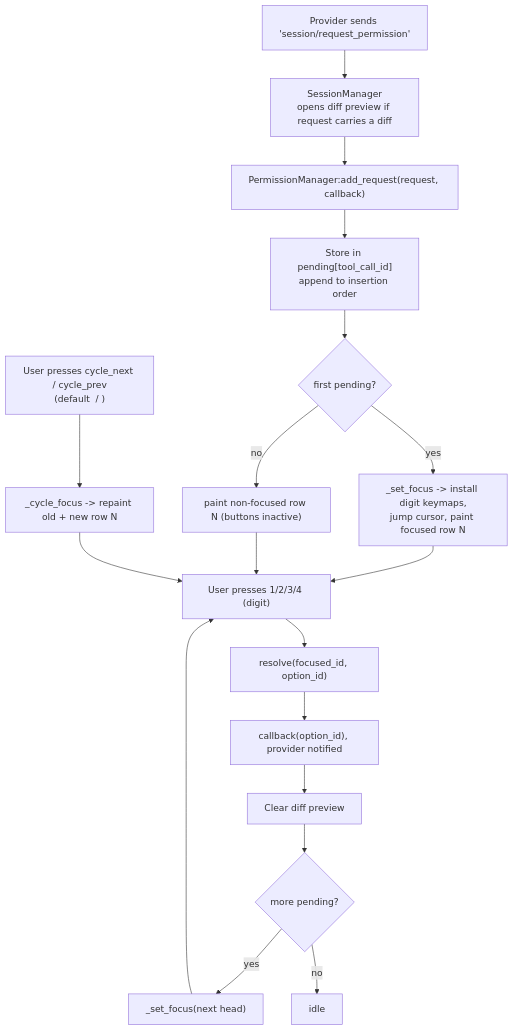
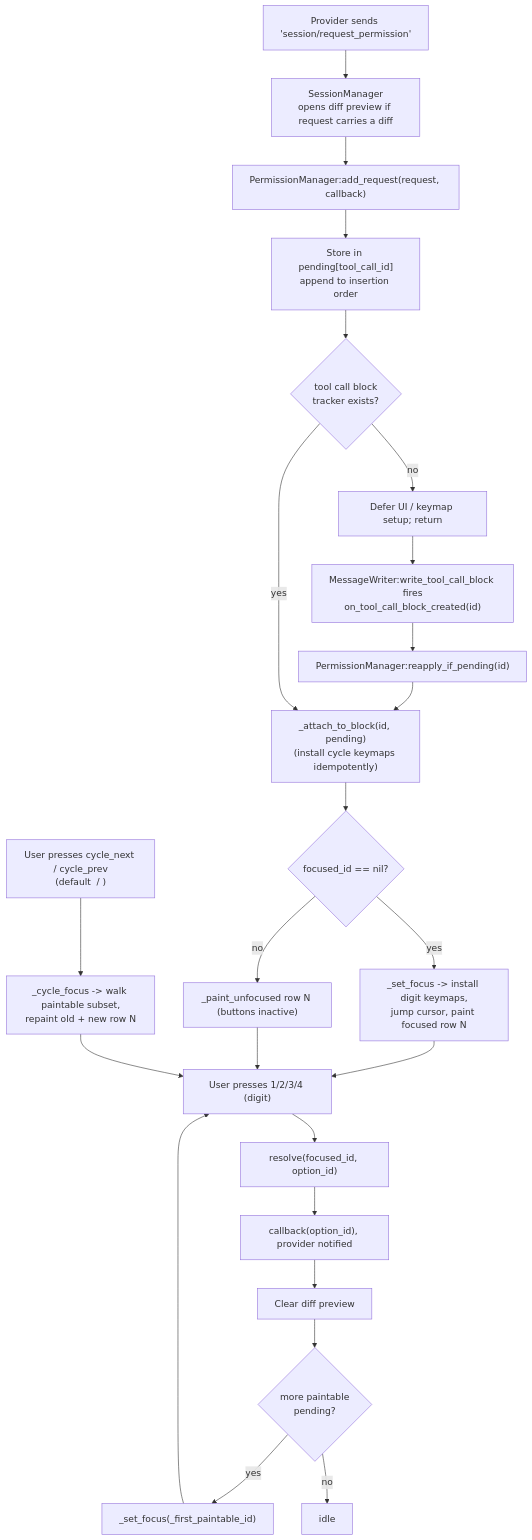
Before and after one commit to carlos-algms/agentic.nvim: the seventh of 7 diagrams in lua/agentic/acp/AGENTS.md, drawn with Mermaid. The commit also changed other lines of this file and 6 other files, not shown here.

````diff
--- a/lua/agentic/acp/AGENTS.md
+++ b/lua/agentic/acp/AGENTS.md
@@ -323,29 +323,37 @@
 ```mermaid
 flowchart TD
     P["Provider sends 'session/request_permission'"]
     SM["SessionManager<br/>opens diff preview if request carries a diff"]
     PM["PermissionManager:add_request(request, callback)"]
     Store["Store in pending[tool_call_id]<br/>append to insertion order"]
-    F{"first pending?"}
+    T{"tool call block<br/>tracker exists?"}
+    Defer["Defer UI / keymap setup; return"]
+    Hook["MessageWriter:write_tool_call_block fires<br/>on_tool_call_block_created(id)"]
+    Reapply["PermissionManager:reapply_if_pending(id)"]
+    Attach["_attach_to_block(id, pending)<br/>(install cycle keymaps idempotently)"]
+    F{"focused_id == nil?"}
     Focus["_set_focus -> install digit keymaps,<br/>jump cursor, paint focused row N"]
-    Paint["paint non-focused row N (buttons inactive)"]
+    Paint["_paint_unfocused row N (buttons inactive)"]
     U["User presses 1/2/3/4 (digit)"]
     Cyc["User presses cycle_next / cycle_prev<br/>(default <C-n> / <C-p>)"]
-    Cycle["_cycle_focus -> repaint old + new row N"]
+    Cycle["_cycle_focus -> walk paintable subset,<br/>repaint old + new row N"]
     Res["resolve(focused_id, option_id)"]
     CB["callback(option_id), provider notified"]
     Clear["Clear diff preview"]
-    Next{"more pending?"}
-    Adv["_set_focus(next head)"]
+    Next{"more paintable<br/>pending?"}
+    Adv["_set_focus(_first_paintable_id)"]
     Done["idle"]
 
-    P --> SM --> PM --> Store --> F
+    P --> SM --> PM --> Store --> T
+    T -->|no| Defer --> Hook --> Reapply --> Attach
+    T -->|yes| Attach
+    Attach --> F
     F -->|yes| Focus
     F -->|no| Paint
     Focus --> U
     Paint --> U
     U --> Res --> CB --> Clear --> Next
     Next -->|yes| Adv --> U
     Next -->|no| Done
     Cyc --> Cycle --> U
 ```
````
